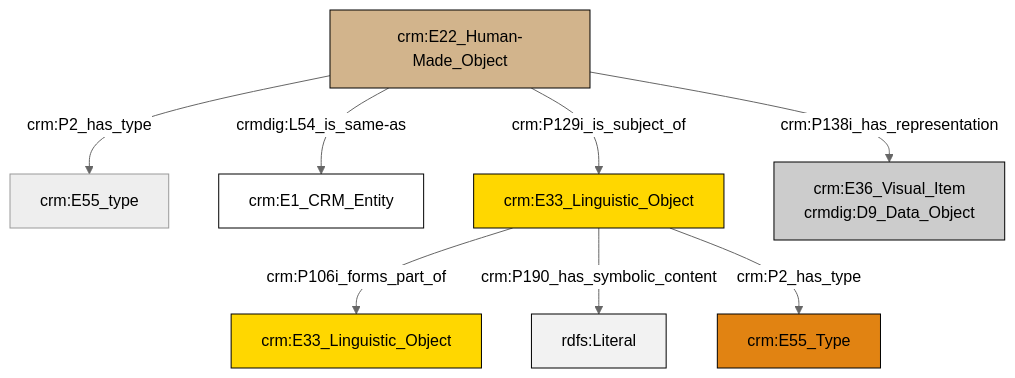
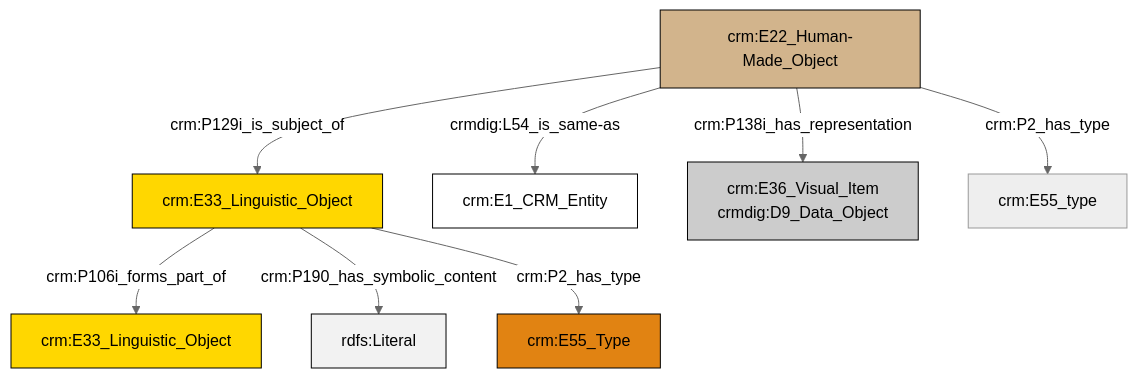
The diagram in et/artworkCSV/ttl/mmd/Artwork_Documentation.ttl.mmd (swiss-art-research-net/reference-data-models), drawn with Mermaid (neutral theme) before and after one commit. The commit also changed 126 other files, not shown here.

```diff
--- a/et/artworkCSV/ttl/mmd/Artwork_Documentation.ttl.mmd
+++ b/et/artworkCSV/ttl/mmd/Artwork_Documentation.ttl.mmd
@@ -1,22 +1,22 @@
 graph TD
 classDef Literal fill:#f2f2f2,stroke:#000000;
 classDef CRM_Entity fill:#FFFFFF,stroke:#000000;
 classDef Temporal_Entity fill:#00C9E6, stroke:#000000;
 classDef Type fill:#E18312, stroke:#000000;
 classDef Time-Span fill:#2C9C91, stroke:#000000;
 classDef Appellation fill:#FFEB7F, stroke:#000000;
 classDef Place fill:#008836, stroke:#000000;
 classDef Persistent_Item fill:#B266B2, stroke:#000000;
 classDef Conceptual_Object fill:#FFD700, stroke:#000000;
 classDef Physical_Thing fill:#D2B48C, stroke:#000000;
 classDef Actor fill:#f58aad, stroke:#000000;
 classDef PC_Classes fill:#4ce600, stroke:#000000;
 classDef Multi fill:#cccccc,stroke:#000000;
 
-2["crm:E22_Human-Made_Object"]:::Physical_Thing -->|crmdig:L54_is_same-as| 3["crm:E1_CRM_Entity"]:::CRM_Entity
-2["crm:E22_Human-Made_Object"]:::Physical_Thing -->|crm:P129i_is_subject_of| 6["crm:E33_Linguistic_Object"]:::Conceptual_Object
-2["crm:E22_Human-Made_Object"]:::Physical_Thing -->|crm:P2_has_type| 0["crm:E55_type"]:::Default
-6["crm:E33_Linguistic_Object"]:::Conceptual_Object -->|crm:P106i_forms_part_of| 7["crm:E33_Linguistic_Object"]:::Conceptual_Object
-6["crm:E33_Linguistic_Object"]:::Conceptual_Object -->|crm:P190_has_symbolic_content| 8[rdfs:Literal]:::Literal
-6["crm:E33_Linguistic_Object"]:::Conceptual_Object -->|crm:P2_has_type| 4["crm:E55_Type"]:::Type
-2["crm:E22_Human-Made_Object"]:::Physical_Thing -->|crm:P138i_has_representation| 9["crm:E36_Visual_Item<br>crmdig:D9_Data_Object"]:::Multi
+0["crm:E33_Linguistic_Object"]:::Conceptual_Object -->|crm:P106i_forms_part_of| 1["crm:E33_Linguistic_Object"]:::Conceptual_Object
+0["crm:E33_Linguistic_Object"]:::Conceptual_Object -->|crm:P190_has_symbolic_content| 4[rdfs:Literal]:::Literal
+2["crm:E22_Human-Made_Object"]:::Physical_Thing -->|crmdig:L54_is_same-as| 6["crm:E1_CRM_Entity"]:::CRM_Entity
+2["crm:E22_Human-Made_Object"]:::Physical_Thing -->|crm:P138i_has_representation| 10["crm:E36_Visual_Item<br>crmdig:D9_Data_Object"]:::Multi
+2["crm:E22_Human-Made_Object"]:::Physical_Thing -->|crm:P2_has_type| 11["crm:E55_type"]:::Default
+2["crm:E22_Human-Made_Object"]:::Physical_Thing -->|crm:P129i_is_subject_of| 0["crm:E33_Linguistic_Object"]:::Conceptual_Object
+0["crm:E33_Linguistic_Object"]:::Conceptual_Object -->|crm:P2_has_type| 8["crm:E55_Type"]:::Type
```
